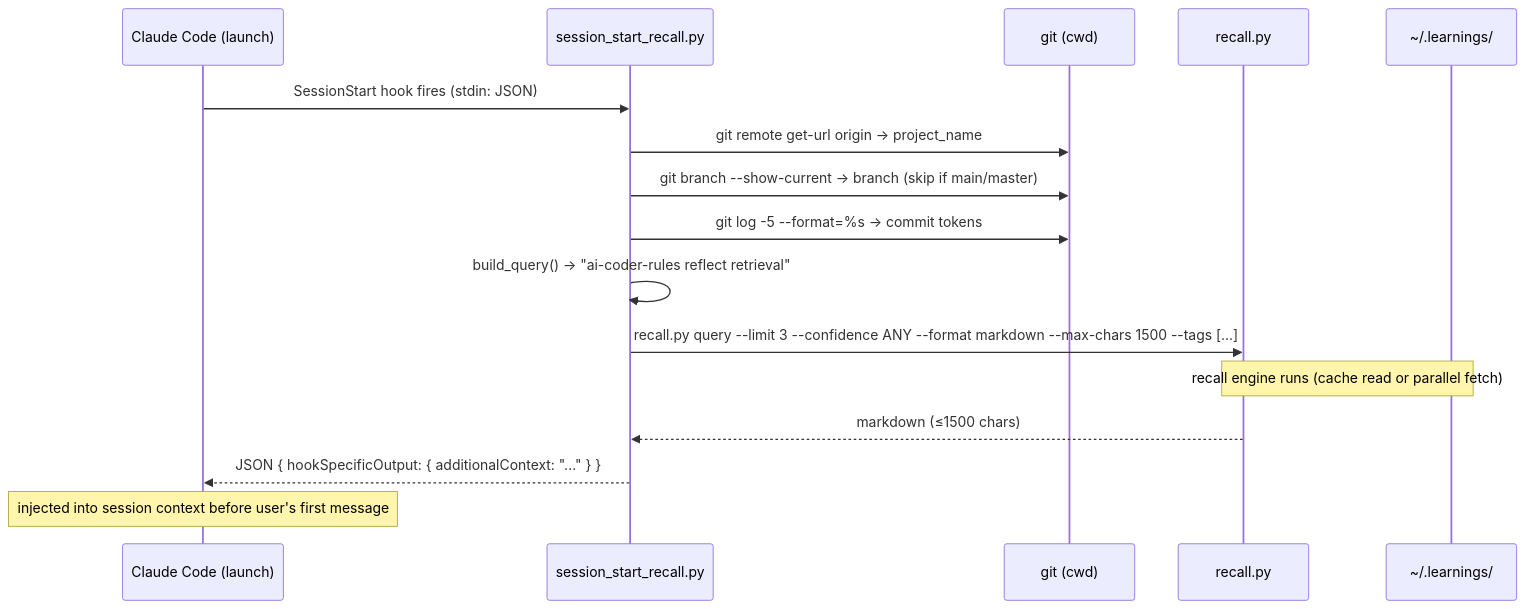
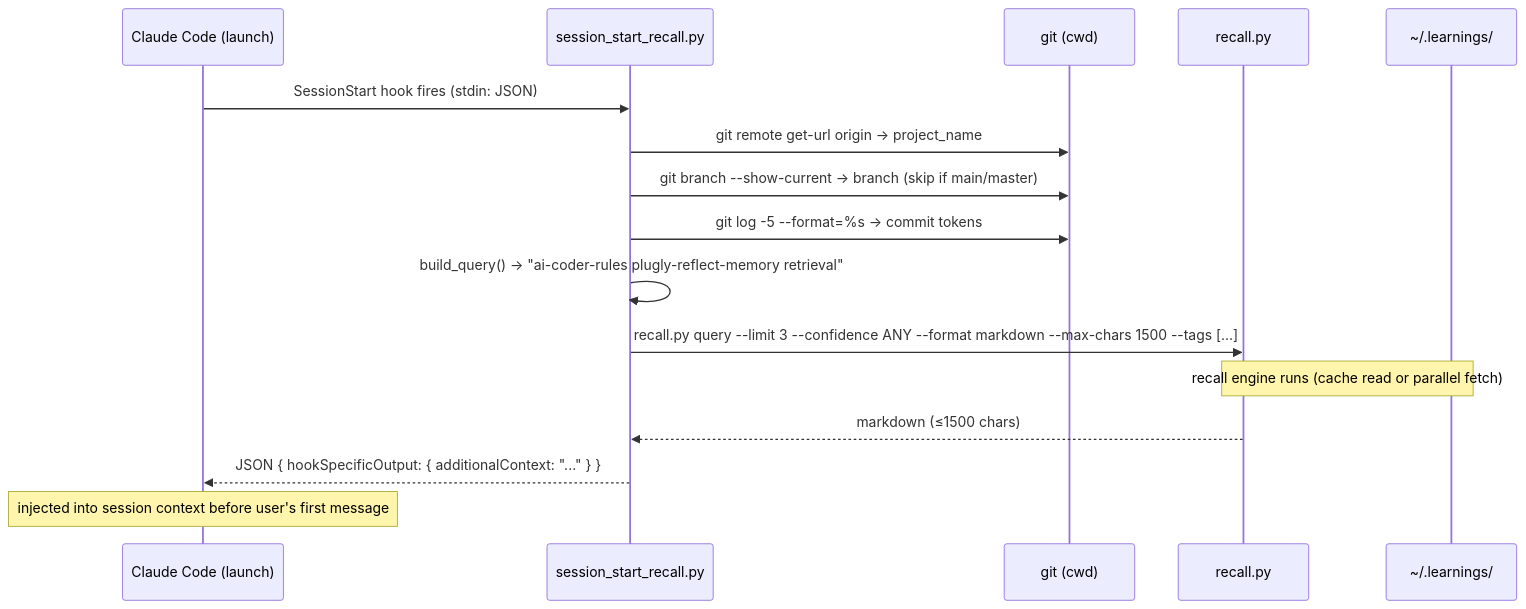
One commit to stevengonsalvez/ainb-reflect-memory changed the fourth of 6 diagrams in plugin/docs/architecture.md. Above: the diagram before and after it, drawn with Mermaid. The commit also changed other lines of this file and 12 other files, not shown here.

````diff
--- a/plugin/docs/architecture.md
+++ b/plugin/docs/architecture.md
@@ -382,19 +382,19 @@
 ```mermaid
 sequenceDiagram
     participant IDE as Claude Code (launch)
     participant SS as session_start_recall.py
     participant G as git (cwd)
     participant R as recall.py
     participant KB as ~/.learnings/
 
     IDE->>SS: SessionStart hook fires (stdin: JSON)
     SS->>G: git remote get-url origin → project_name
     SS->>G: git branch --show-current → branch (skip if main/master)
     SS->>G: git log -5 --format=%s → commit tokens
-    SS->>SS: build_query() → "ai-coder-rules reflect retrieval"
+    SS->>SS: build_query() → "ai-coder-rules plugly-reflect-memory retrieval"
     SS->>R: recall.py query --limit 3 --confidence ANY --format markdown --max-chars 1500 --tags [...]
     Note over R,KB: recall engine runs (cache read or parallel fetch)
     R-->>SS: markdown (≤1500 chars)
     SS-->>IDE: JSON { hookSpecificOutput: { additionalContext: "..." } }
     Note over IDE: injected into session context before user's first message
 ```
````
